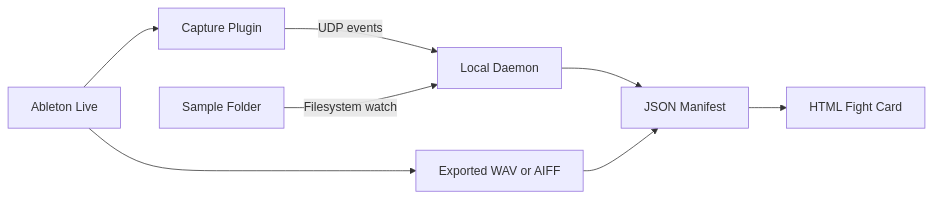
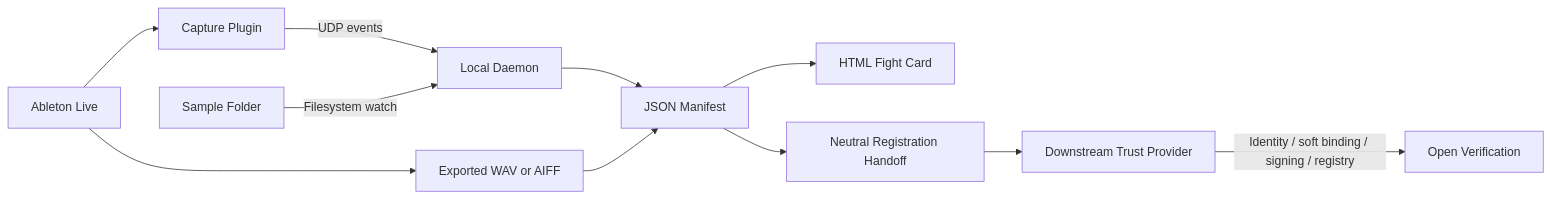
Before and after one commit to dcondrey/audio-provenance-wrapper-poc: the diagram in docs/ARCHITECTURE.md, drawn with Mermaid. The commit also changed other lines of this file and 38 other files, not shown here.

````diff
--- a/docs/ARCHITECTURE.md
+++ b/docs/ARCHITECTURE.md
@@ -28,10 +28,13 @@
 ```mermaid
 flowchart LR
     A[Ableton Live] --> B[Capture Plugin]
     B -->|UDP events| C[Local Daemon]
     A --> D[Exported WAV or AIFF]
     C --> E[JSON Manifest]
     E --> G[HTML Fight Card]
     D --> E
     F[Sample Folder] -->|Filesystem watch| C
+    E --> H[Neutral Registration Handoff]
+    H --> I[Downstream Trust Provider]
+    I -->|Identity / soft binding / signing / registry| J[Open Verification]
 ```
````
